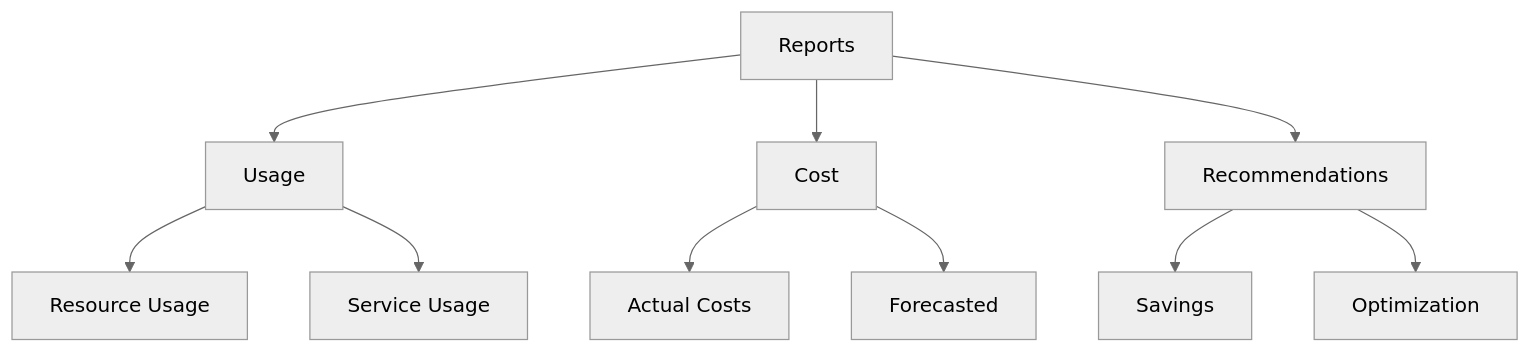
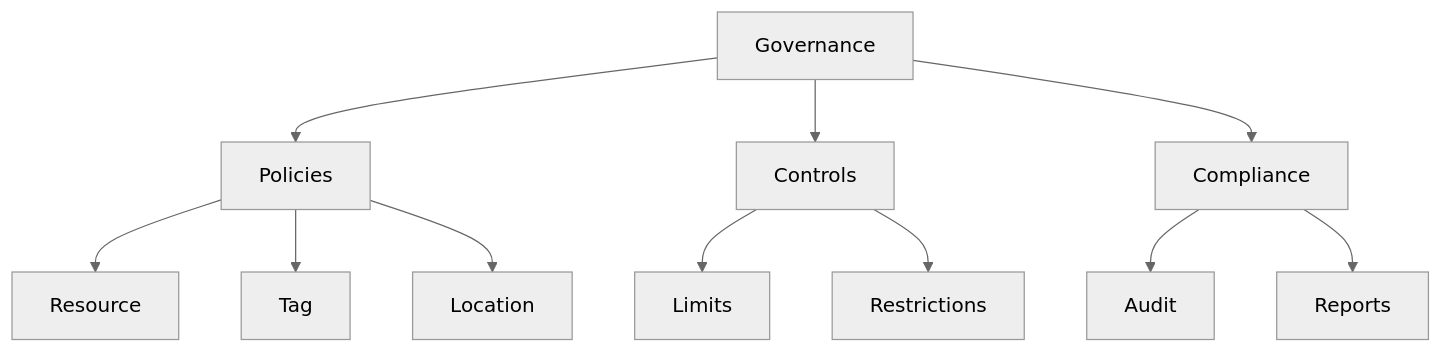
One commit to saravanakumarrc/Architecture_Journey changed the eighth of 15 diagrams in src/azure/az-104/Cost_Management.md. Above: the diagram before and after it, drawn with Mermaid (neutral theme). The commit also changed other lines of this file and 6 other files, not shown here.

````diff
--- a/src/azure/az-104/Cost_Management.md
+++ b/src/azure/az-104/Cost_Management.md
@@ -136,15 +143,16 @@
 ```mermaid
 graph TB
-    A[Reports] --> B[Usage]
-    A --> C[Cost]
-    A --> D[Recommendations]
+    A[Governance] --> B[Policies]
+    A --> C[Controls]
+    A --> D[Compliance]
     
-    B --> E[Resource Usage]
-    B --> F[Service Usage]
+    B --> E[Resource]
+    B --> F[Tag]
+    B --> G[Location]
     
-    C --> G[Actual Costs]
-    C --> H[Forecasted]
+    C --> H[Limits]
+    C --> I[Restrictions]
     
-    D --> I[Savings]
-    D --> J[Optimization]
+    D --> J[Audit]
+    D --> K[Reports]
 ```
````
